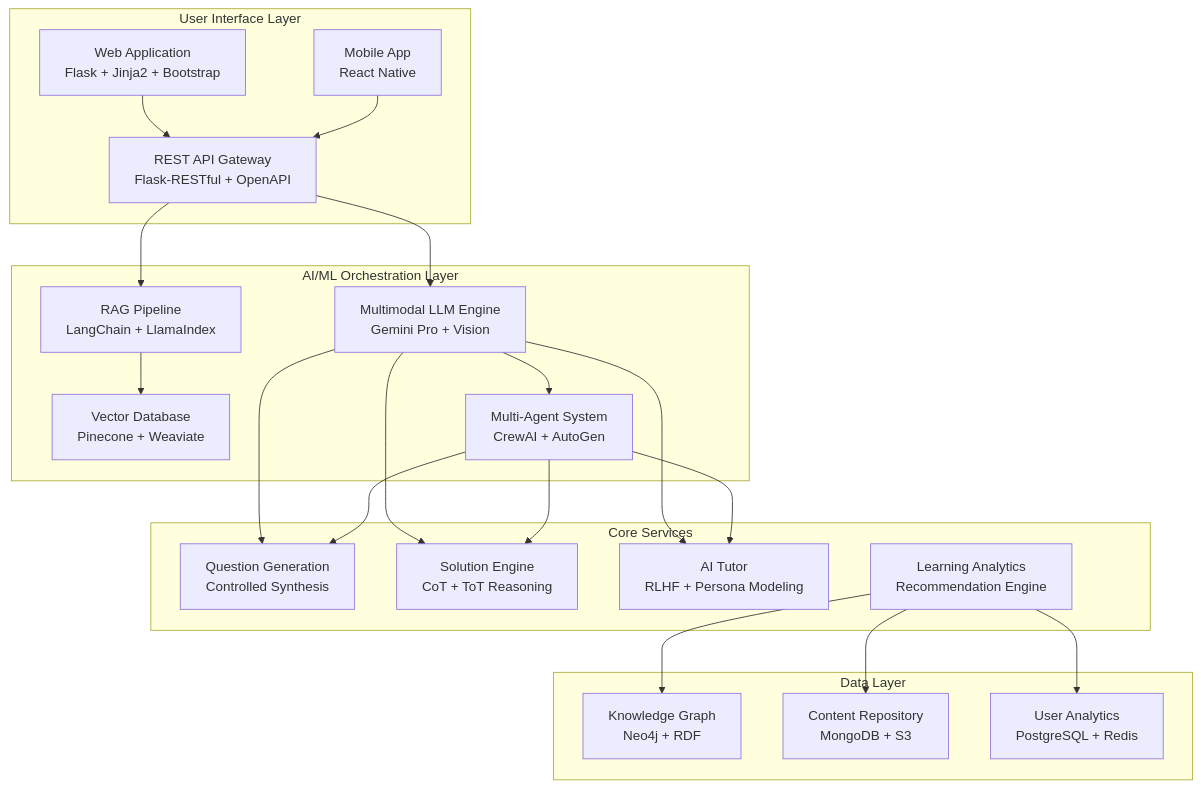
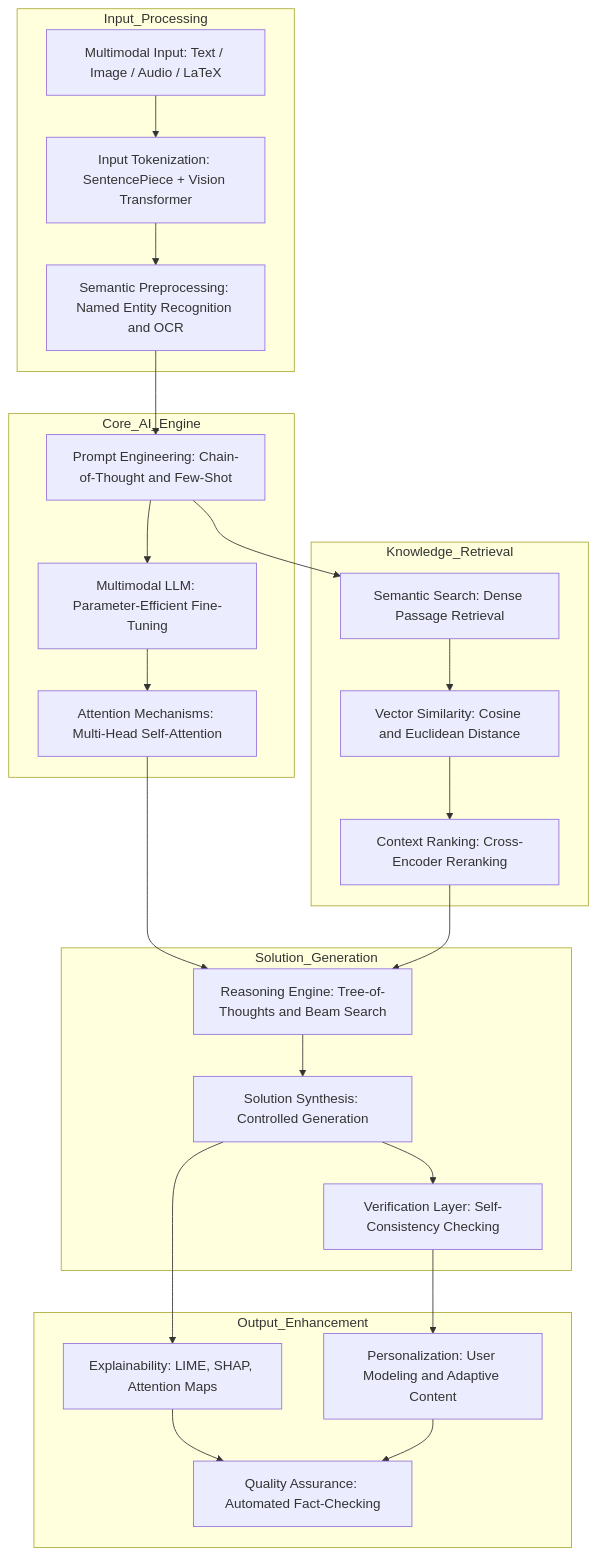
The first of 4 diagrams in README.md (SaurabMishra12/Step-Mentor0), drawn with Mermaid before and after one commit.

````diff
--- a/README.md
+++ b/README.md
@@ -25,44 +25,52 @@
 ```mermaid
-graph TB
-    subgraph "User Interface Layer"
-        UI[Web Application<br/>Flask + Jinja2 + Bootstrap]
-        Mobile[Mobile App<br/>React Native]
-        API[REST API Gateway<br/>Flask-RESTful + OpenAPI]
+flowchart TB
+    subgraph Input_Processing
+        A[Multimodal Input: Text / Image / Audio / LaTeX]
+        B[Input Tokenization: SentencePiece + Vision Transformer]
+        C[Semantic Preprocessing: Named Entity Recognition and OCR]
     end
-    
-    subgraph "AI/ML Orchestration Layer"
-        LLM[Multimodal LLM Engine<br/>Gemini Pro + Vision]
-        RAG[RAG Pipeline<br/>LangChain + LlamaIndex]
-        VectorDB[Vector Database<br/>Pinecone + Weaviate]
-        Agents[Multi-Agent System<br/>CrewAI + AutoGen]
+
+    subgraph Core_AI_Engine
+        D[Prompt Engineering: Chain-of-Thought and Few-Shot]
+        E[Multimodal LLM: Parameter-Efficient Fine-Tuning]
+        F[Attention Mechanisms: Multi-Head Self-Attention]
     end
-    
-    subgraph "Core Services"
-        QGen[Question Generation<br/>Controlled Synthesis]
-        Solver[Solution Engine<br/>CoT + ToT Reasoning]
-        Tutor[AI Tutor<br/>RLHF + Persona Modeling]
-        Analytics[Learning Analytics<br/>Recommendation Engine]
+
+    subgraph Knowledge_Retrieval
+        G[Semantic Search: Dense Passage Retrieval]
+        H[Vector Similarity: Cosine and Euclidean Distance]
+        I[Context Ranking: Cross-Encoder Reranking]
     end
-    
-    subgraph "Data Layer"
-        KG[Knowledge Graph<br/>Neo4j + RDF]
-        Content[Content Repository<br/>MongoDB + S3]
-        UserData[User Analytics<br/>PostgreSQL + Redis]
+
+    subgraph Solution_Generation
+        J[Reasoning Engine: Tree-of-Thoughts and Beam Search]
+        K[Solution Synthesis: Controlled Generation]
+        L[Verification Layer: Self-Consistency Checking]
     end
-    
-    UI --> API
-    Mobile --> API
-    API --> LLM
-    API --> RAG
-    LLM --> QGen
-    LLM --> Solver
-    LLM --> Tutor
-    LLM --> Agents
-    RAG --> VectorDB
-    Agents --> QGen
-    Agents --> Solver
-    Agents --> Tutor
-    Analytics --> KG
-    Analytics --> Content
-    Analytics --> UserData
+
+    subgraph Output_Enhancement
+        M[Explainability: LIME, SHAP, Attention Maps]
+        N[Personalization: User Modeling and Adaptive Content]
+        O[Quality Assurance: Automated Fact-Checking]
+    end
+
+    %% Main pipeline flow
+    A --> B --> C --> D
+    D --> E
+    E --> F
+
+    %% Knowledge retrieval branch
+    D --> G
+    G --> H --> I
+
+    %% Solution generation flow
+    F --> J
+    I --> J
+    J --> K --> L
+
+    %% Output enhancement
+    K --> M
+    L --> N
+    M --> O
+    N --> O
 ```
````
